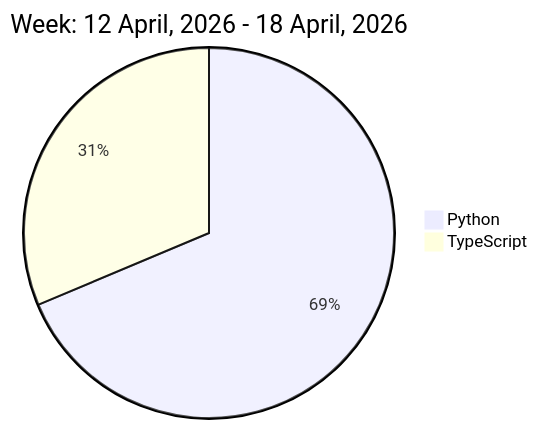
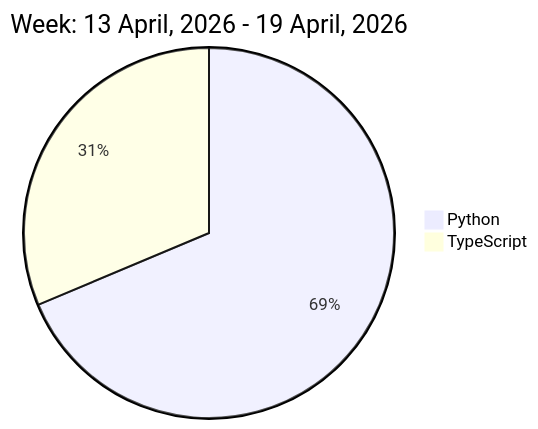
One commit to liubin95/liubin95 changed the diagram in README.md. Above: the diagram before and after it, drawn with Mermaid.

Commit message:
Updated the Graph with new Metrics

````diff
--- a/README.md
+++ b/README.md
@@ -32,6 +32,6 @@
 ```mermaid
  pie
-title Week: 12 April, 2026 - 18 April, 2026
+title Week: 13 April, 2026 - 19 April, 2026
  "Python" : 9.03
  "TypeScript" : 4.12
 ```
````
